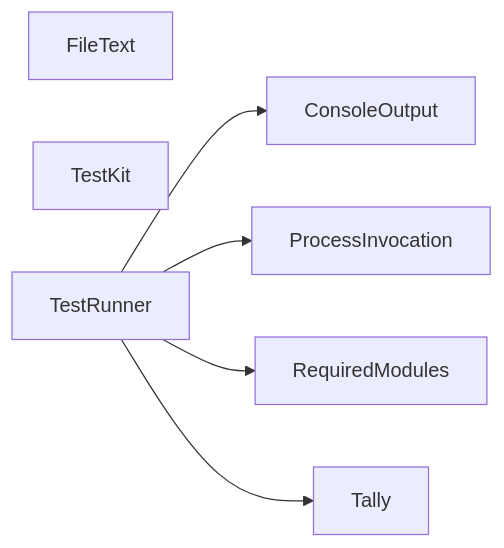
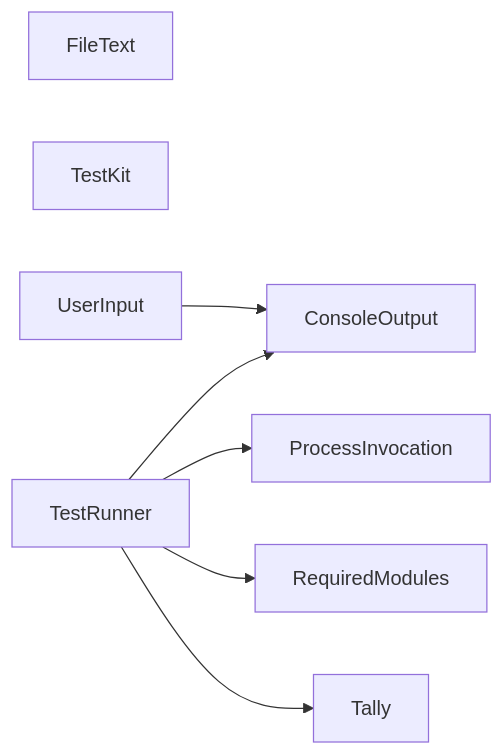
The diagram in README.md (TaffarelJr/powershell-modules), drawn with Mermaid before and after one commit. The commit also changed other lines of this file and 23 other files, not shown here.

First line of the commit message:
feat: add the TaffarelJr.UserInput module

````diff
--- a/README.md
+++ b/README.md
@@ -30,15 +31,17 @@
 ```mermaid
 graph LR
     ConsoleOutput["ConsoleOutput"]
     FileText["FileText"]
     ProcessInvocation["ProcessInvocation"]
     RequiredModules["RequiredModules"]
     Tally["Tally"]
     TestKit["TestKit"]
     TestRunner["TestRunner"]
+    UserInput["UserInput"]
 
     TestRunner --> ConsoleOutput
     TestRunner --> ProcessInvocation
     TestRunner --> RequiredModules
     TestRunner --> Tally
+    UserInput --> ConsoleOutput
 ```
````
